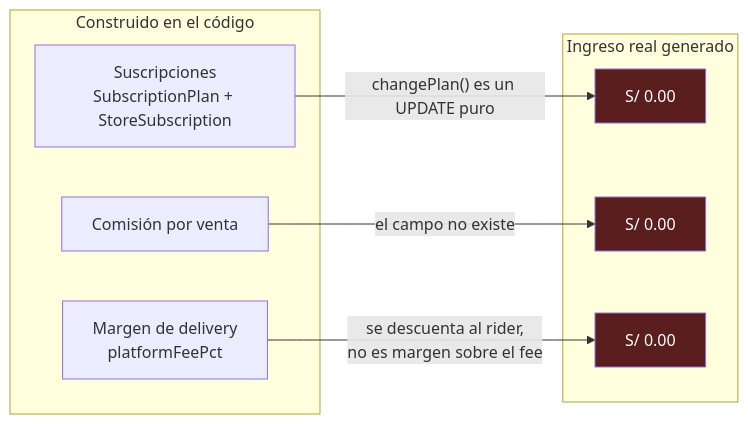
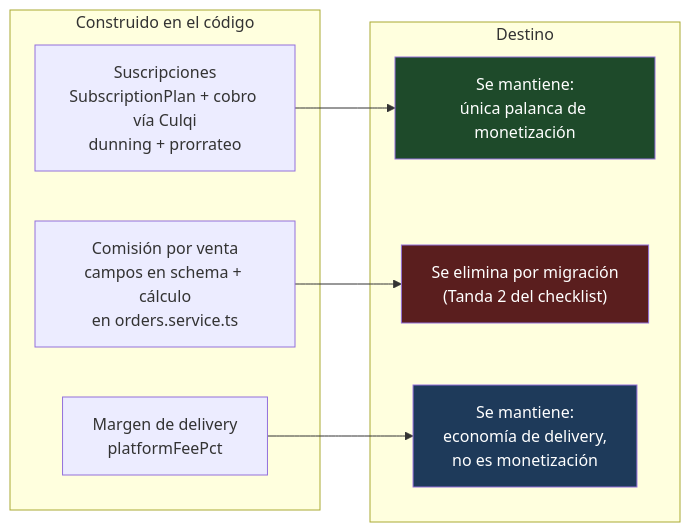
Before and after one commit to kanoso/ecommcerce-saas-sonet: the first of 14 diagrams in DOCS/MODELO_NEGOCIO.md, drawn with Mermaid. The commit also changed other lines of this file and 2 other files, not shown here.

First line of the commit message:
docs(negocio): monetizacion por suscripcion - checklist completo

````diff
--- a/DOCS/MODELO_NEGOCIO.md
+++ b/DOCS/MODELO_NEGOCIO.md
@@ -88,22 +143,22 @@
 ```mermaid
 flowchart LR
     subgraph BUILT["Construido en el código"]
-        SUB["Suscripciones<br/>SubscriptionPlan + StoreSubscription"]
-        COM["Comisión por venta"]
+        SUB["Suscripciones<br/>SubscriptionPlan + cobro vía Culqi<br/>dunning + prorrateo"]
+        COM["Comisión por venta<br/>campos en schema + cálculo<br/>en orders.service.ts"]
         DEL["Margen de delivery<br/>platformFeePct"]
     end
 
-    subgraph REALITY["Ingreso real generado"]
-        Z1["S/ 0.00"]
-        Z2["S/ 0.00"]
-        Z3["S/ 0.00"]
+    subgraph FATE["Destino"]
+        KEEP["Se mantiene:<br/>única palanca de monetización"]
+        DROP["Se elimina por migración<br/>(Tanda 2 del checklist)"]
+        KEEPD["Se mantiene:<br/>economía de delivery,<br/>no es monetización"]
     end
 
-    SUB -->|"changePlan() es un UPDATE puro"| Z1
-    COM -->|"el campo no existe"| Z2
-    DEL -->|"se descuenta al rider,<br/>no es margen sobre el fee"| Z3
+    SUB --> KEEP
+    COM --> DROP
+    DEL --> KEEPD
 
-    style Z1 fill:#5a1e1e,color:#fff
-    style Z2 fill:#5a1e1e,color:#fff
-    style Z3 fill:#5a1e1e,color:#fff
+    style KEEP fill:#1e4a2a,color:#fff
+    style DROP fill:#5a1e1e,color:#fff
+    style KEEPD fill:#1e3a5a,color:#fff
 ```
````
